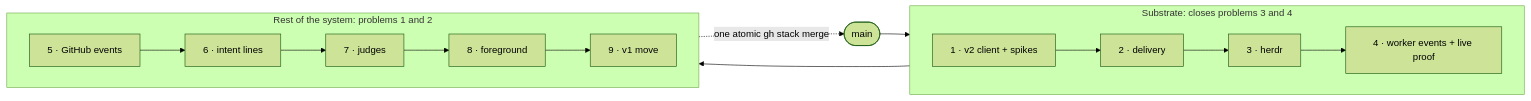
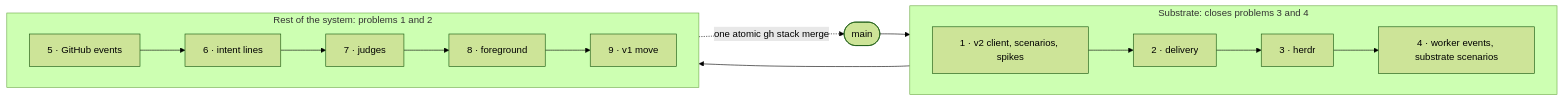
Before and after one commit to adamkaplan/fleet-kit: the first of 15 diagrams in docs/switchboard.md, drawn with Mermaid (forest theme). The commit also changed other lines of this file, not shown here.

````diff
--- a/docs/switchboard.md
+++ b/docs/switchboard.md
@@ -26,15 +26,15 @@
 ```mermaid
 flowchart LR
   main(["main"])
   subgraph substrate["Substrate: closes problems 3 and 4"]
     direction LR
-    p1["1 · v2 client + spikes"] --> p2["2 · delivery"] --> p3["3 · herdr"] --> p4["4 · worker events + live proof"]
+    p1["1 · v2 client, scenarios, spikes"] --> p2["2 · delivery"] --> p3["3 · herdr"] --> p4["4 · worker events, substrate scenarios"]
   end
   subgraph system["Rest of the system: problems 1 and 2"]
     direction LR
     p5["5 · GitHub events"] --> p6["6 · intent lines"] --> p7["7 · judges"] --> p8["8 · foreground"] --> p9["9 · v1 move"]
   end
   main --> p1
   p4 --> p5
   p9 -. "one atomic gh stack merge" .-> main
 ```
````
